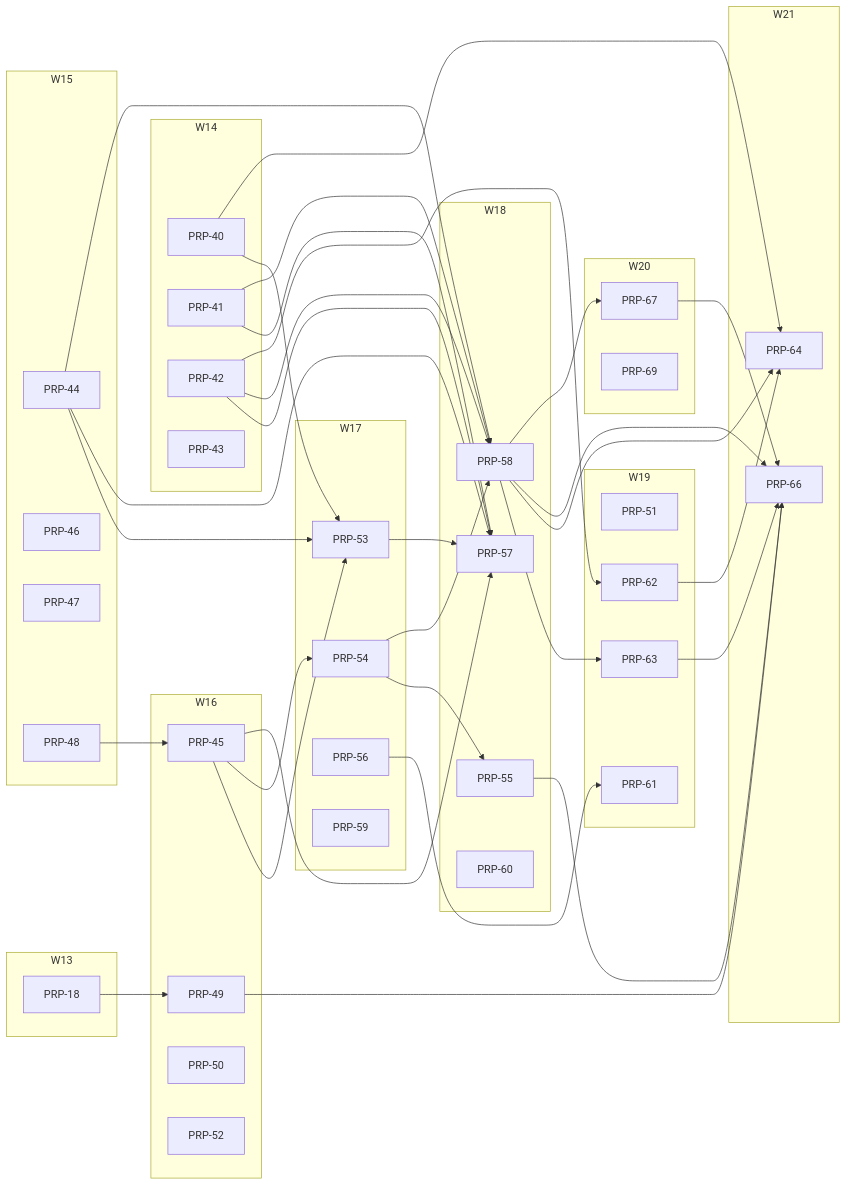
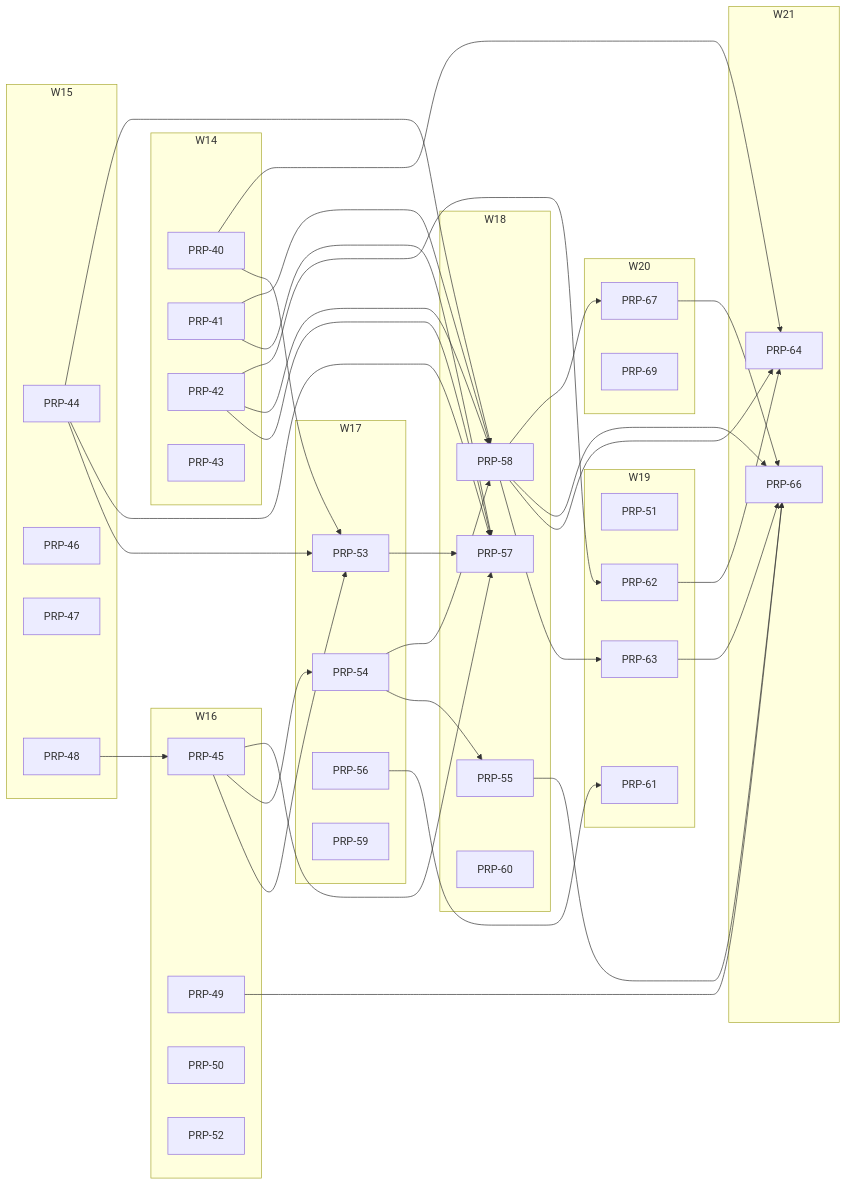
One commit to fgarofalo56/neurosphere changed the diagram in PRPs/EXECUTION-PLAN.md. Above: the diagram before and after it, drawn with Mermaid. The commit also changed other lines of this file and 4 other files, not shown here.

````diff
--- a/PRPs/EXECUTION-PLAN.md
+++ b/PRPs/EXECUTION-PLAN.md
@@ -149,78 +141,74 @@
 ```mermaid
 flowchart LR
-  subgraph W13
-    P18["PRP-18"]
-  end
   subgraph W14
     P40["PRP-40"]
     P41["PRP-41"]
     P42["PRP-42"]
     P43["PRP-43"]
   end
   subgraph W15
     P44["PRP-44"]
     P46["PRP-46"]
     P47["PRP-47"]
     P48["PRP-48"]
   end
   subgraph W16
     P45["PRP-45"]
     P49["PRP-49"]
     P50["PRP-50"]
     P52["PRP-52"]
   end
   subgraph W17
     P53["PRP-53"]
     P54["PRP-54"]
     P56["PRP-56"]
     P59["PRP-59"]
   end
   subgraph W18
     P57["PRP-57"]
     P55["PRP-55"]
     P58["PRP-58"]
     P60["PRP-60"]
   end
   subgraph W19
     P51["PRP-51"]
     P61["PRP-61"]
     P62["PRP-62"]
     P63["PRP-63"]
   end
   subgraph W20
     P67["PRP-67"]
     P69["PRP-69"]
   end
   subgraph W21
     P64["PRP-64"]
     P66["PRP-66"]
   end
   P48 --> P45
-  P18 --> P49
   P40 --> P53
   P44 --> P53
   P45 --> P53
   P45 --> P54
   P54 --> P55
   P41 --> P57
   P42 --> P57
   P44 --> P57
   P45 --> P57
   P53 --> P57
   P41 --> P58
   P42 --> P58
   P44 --> P58
   P54 --> P58
   P56 --> P61
   P42 --> P62
   P58 --> P63
   P40 --> P64
   P58 --> P64
   P62 --> P64
   P49 --> P66
   P55 --> P66
   P58 --> P66
   P63 --> P66
   P67 --> P66
   P58 --> P67
 ```
````
